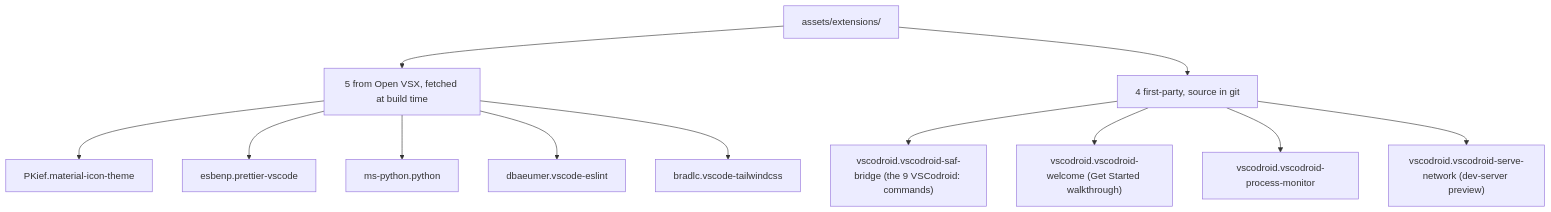
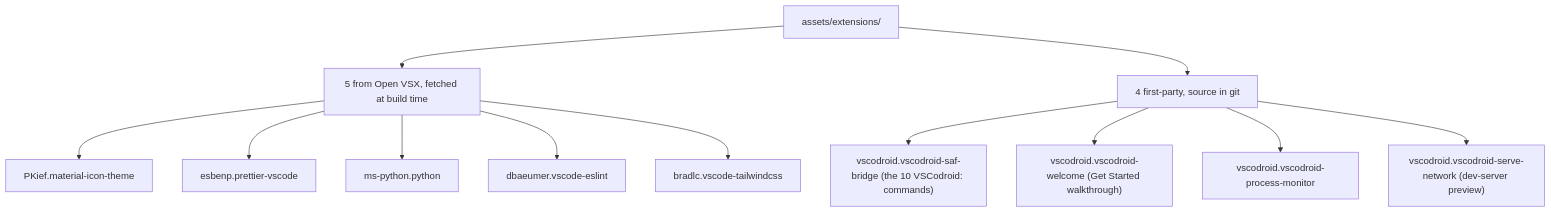
One commit to cuixinyuan666/vscodroid changed the third of 3 diagrams in docs/05-API_SPEC.md. Above: the diagram before and after it, drawn with Mermaid. The commit also changed other lines of this file and 28 other files, not shown here.

````diff
--- a/docs/05-API_SPEC.md
+++ b/docs/05-API_SPEC.md
@@ -1030,14 +1036,14 @@
 ```mermaid
 flowchart TD
   ROOT["assets/extensions/"] --> T["5 from Open VSX, fetched at build time"]
   ROOT --> O["4 first-party, source in git"]
   T --> T1["PKief.material-icon-theme"]
   T --> T2["esbenp.prettier-vscode"]
   T --> T3["ms-python.python"]
   T --> T4["dbaeumer.vscode-eslint"]
   T --> T5["bradlc.vscode-tailwindcss"]
-  O --> O1["vscodroid.vscodroid-saf-bridge (the 9 VSCodroid: commands)"]
+  O --> O1["vscodroid.vscodroid-saf-bridge (the 10 VSCodroid: commands)"]
   O --> O2["vscodroid.vscodroid-welcome (Get Started walkthrough)"]
   O --> O3["vscodroid.vscodroid-process-monitor"]
   O --> O4["vscodroid.vscodroid-serve-network (dev-server preview)"]
 ```
````
